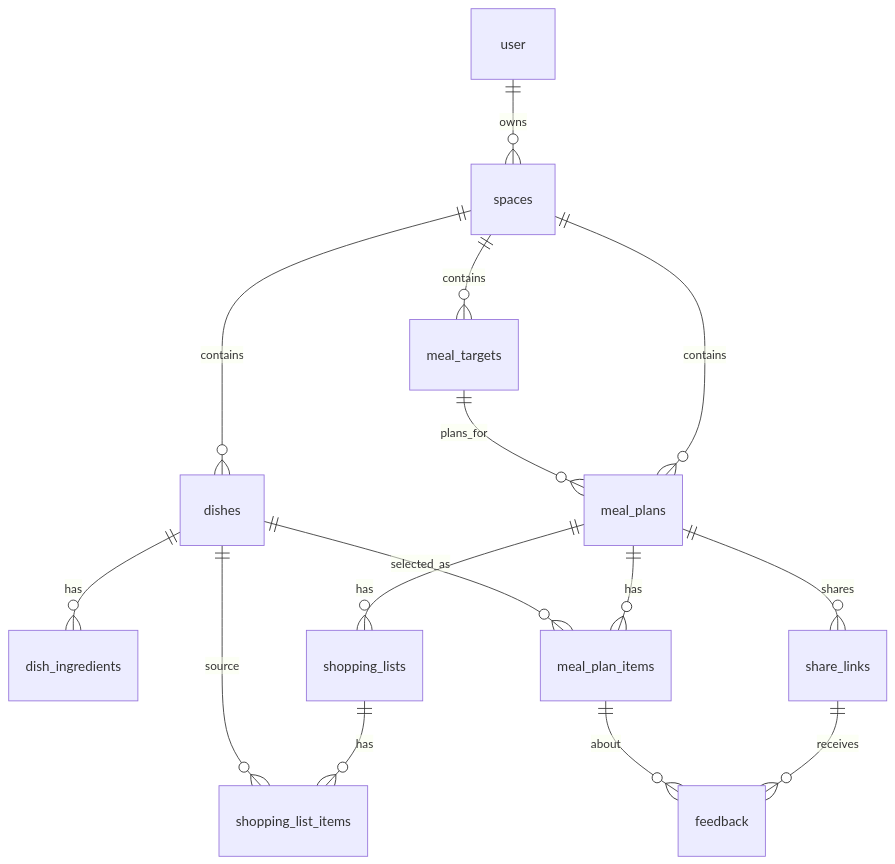
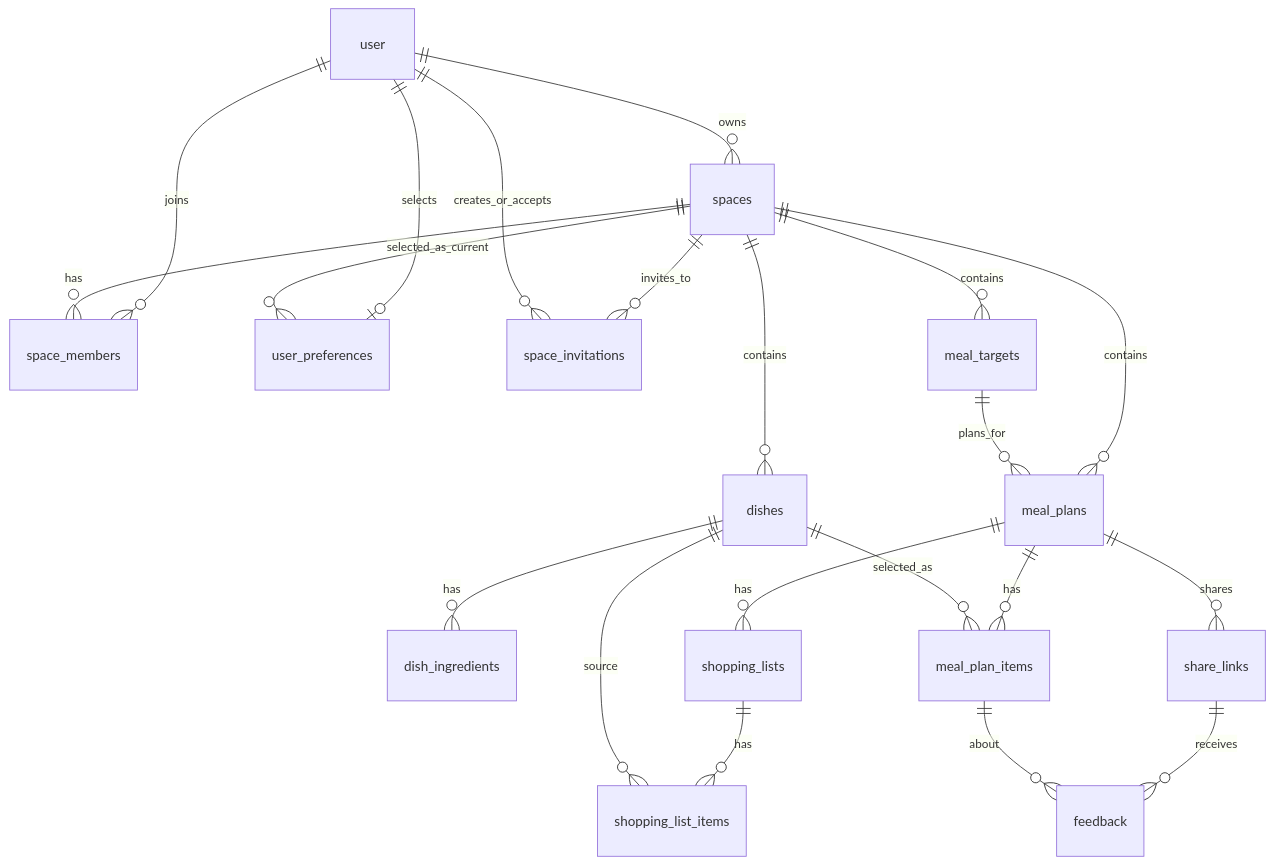
One commit to siuvlqnm/Fandan changed the diagram in docs/development/data-model.md. Above: the diagram before and after it, drawn with Mermaid. The commit also changed other lines of this file and 13 other files, not shown here.

````diff
--- a/docs/development/data-model.md
+++ b/docs/development/data-model.md
@@ -101,17 +128,23 @@
 ```mermaid
 erDiagram
   user ||--o{ spaces : owns
+  user ||--o{ space_members : joins
+  spaces ||--o{ space_members : has
+  user ||--o| user_preferences : selects
+  spaces ||--o{ user_preferences : selected_as_current
+  spaces ||--o{ space_invitations : invites_to
+  user ||--o{ space_invitations : creates_or_accepts
   spaces ||--o{ meal_targets : contains
   spaces ||--o{ dishes : contains
   spaces ||--o{ meal_plans : contains
   dishes ||--o{ dish_ingredients : has
   meal_targets ||--o{ meal_plans : plans_for
   meal_plans ||--o{ meal_plan_items : has
   dishes ||--o{ meal_plan_items : selected_as
   meal_plans ||--o{ shopping_lists : has
   shopping_lists ||--o{ shopping_list_items : has
   dishes ||--o{ shopping_list_items : source
   meal_plans ||--o{ share_links : shares
   share_links ||--o{ feedback : receives
   meal_plan_items ||--o{ feedback : about
 ```
````
